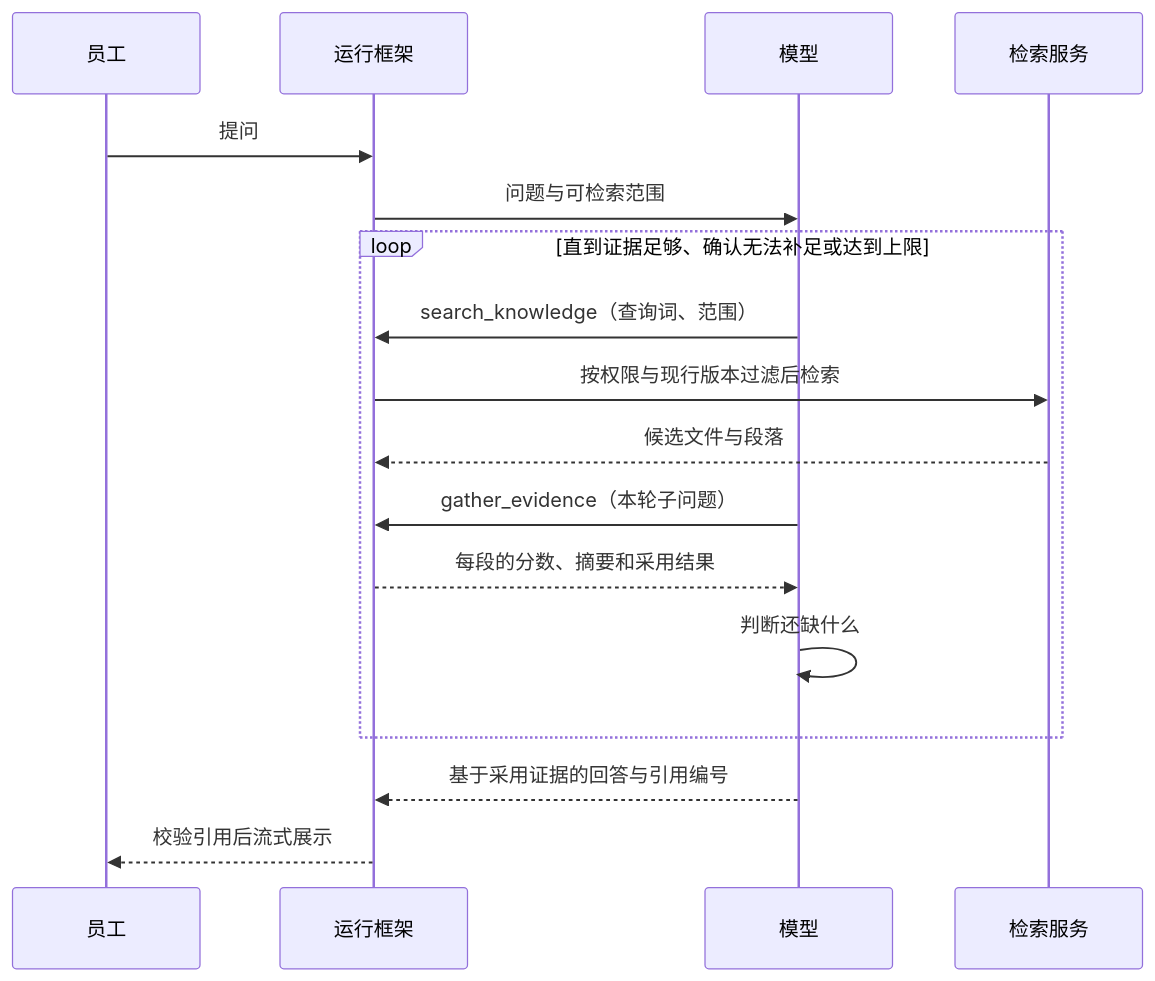
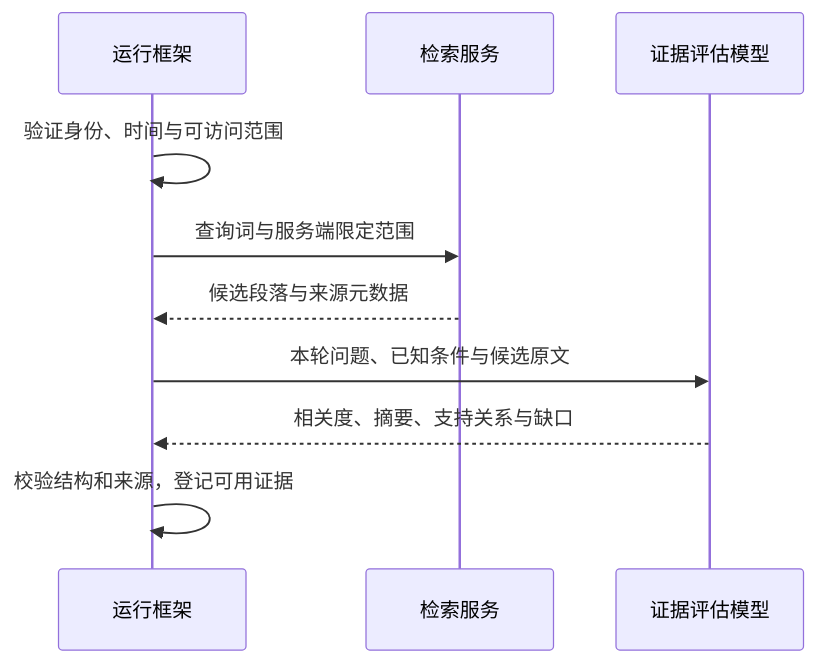
One commit to xmili233/enterprise-knowledge-agent changed the diagram in src/content/design/retrieval.md. Above: the diagram before and after it, drawn with Mermaid. The commit also changed other lines of this file and 12 other files, not shown here.

First line of the commit message:
Correct knowledge guide query flow and evidence boundaries

````diff
--- a/src/content/design/retrieval.md
+++ b/src/content/design/retrieval.md
@@ -7,19 +11,12 @@
 ```mermaid
 sequenceDiagram
-  participant U as 员工
   participant H as 运行框架
-  participant M as 模型
   participant T as 检索服务
-  U->>H: 提问
-  H->>M: 问题与可检索范围
-  loop 直到证据足够、确认无法补足或达到上限
-    M->>H: search_knowledge（查询词、范围）
-    H->>T: 按权限与现行版本过滤后检索
-    T-->>H: 候选文件与段落
-    M->>H: gather_evidence（本轮子问题）
-    H-->>M: 每段的分数、摘要和采用结果
-    M->>M: 判断还缺什么
-  end
-  M-->>H: 基于采用证据的回答与引用编号
-  H-->>U: 校验引用后流式展示
+  participant M as 证据评估模型
+  H->>H: 验证身份、时间与可访问范围
+  H->>T: 查询词与服务端限定范围
+  T-->>H: 候选段落与来源元数据
+  H->>M: 本轮问题、已知条件与候选原文
+  M-->>H: 相关度、摘要、支持关系与缺口
+  H->>H: 校验结构和来源，登记可用证据
 ```
````
